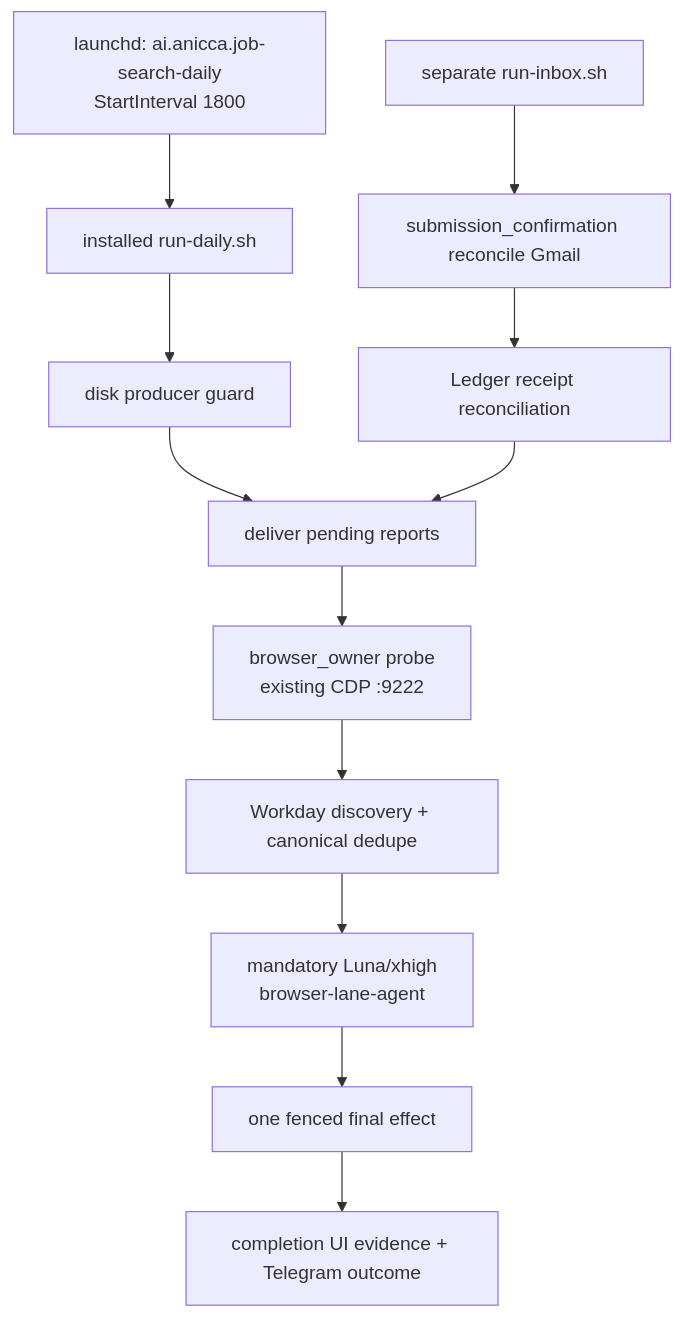
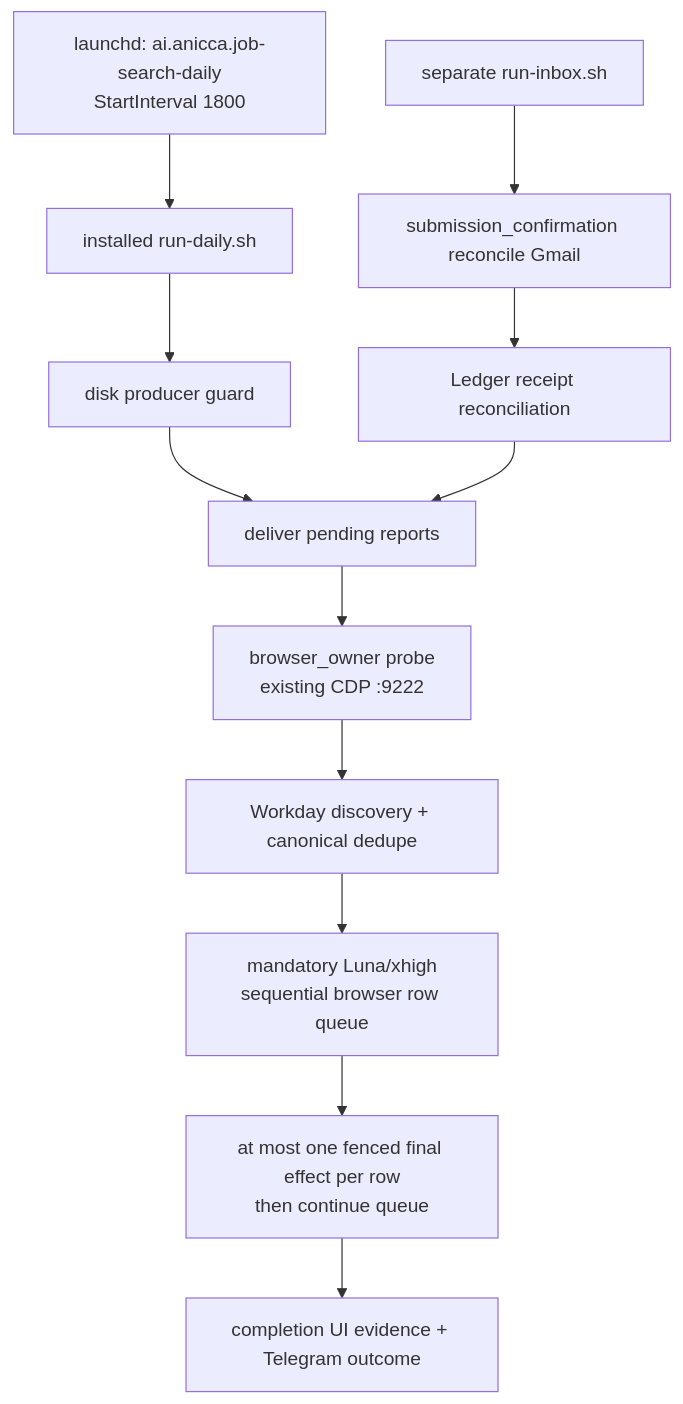
The second of 3 diagrams in docs/superpowers/specs/2026-07-28-job-search-loop-design.md (Daisuke134/anicca), drawn with Mermaid before and after one commit. The commit also changed other lines of this file and 1 other file, not shown here.

````diff
--- a/docs/superpowers/specs/2026-07-28-job-search-loop-design.md
+++ b/docs/superpowers/specs/2026-07-28-job-search-loop-design.md
@@ -889,14 +896,14 @@
 ```mermaid
 flowchart TD
     L["launchd: ai.anicca.job-search-daily<br/>StartInterval 1800"] --> D["installed run-daily.sh"]
     D --> P["disk producer guard"]
     P --> R0["deliver pending reports"]
     R0 --> B["browser_owner probe<br/>existing CDP :9222"]
     B --> Q["Workday discovery + canonical dedupe"]
-    Q --> AR["mandatory Luna/xhigh<br/>browser-lane-agent"]
-    AR --> F["one fenced final effect"]
+    Q --> AR["mandatory Luna/xhigh<br/>sequential browser row queue"]
+    AR --> F["at most one fenced final effect per row<br/>then continue queue"]
     F --> R1["completion UI evidence + Telegram outcome"]
     I["separate run-inbox.sh"] --> GC["submission_confirmation reconcile Gmail"]
     GC --> LR["Ledger receipt reconciliation"]
     LR --> R0
 ```
````
